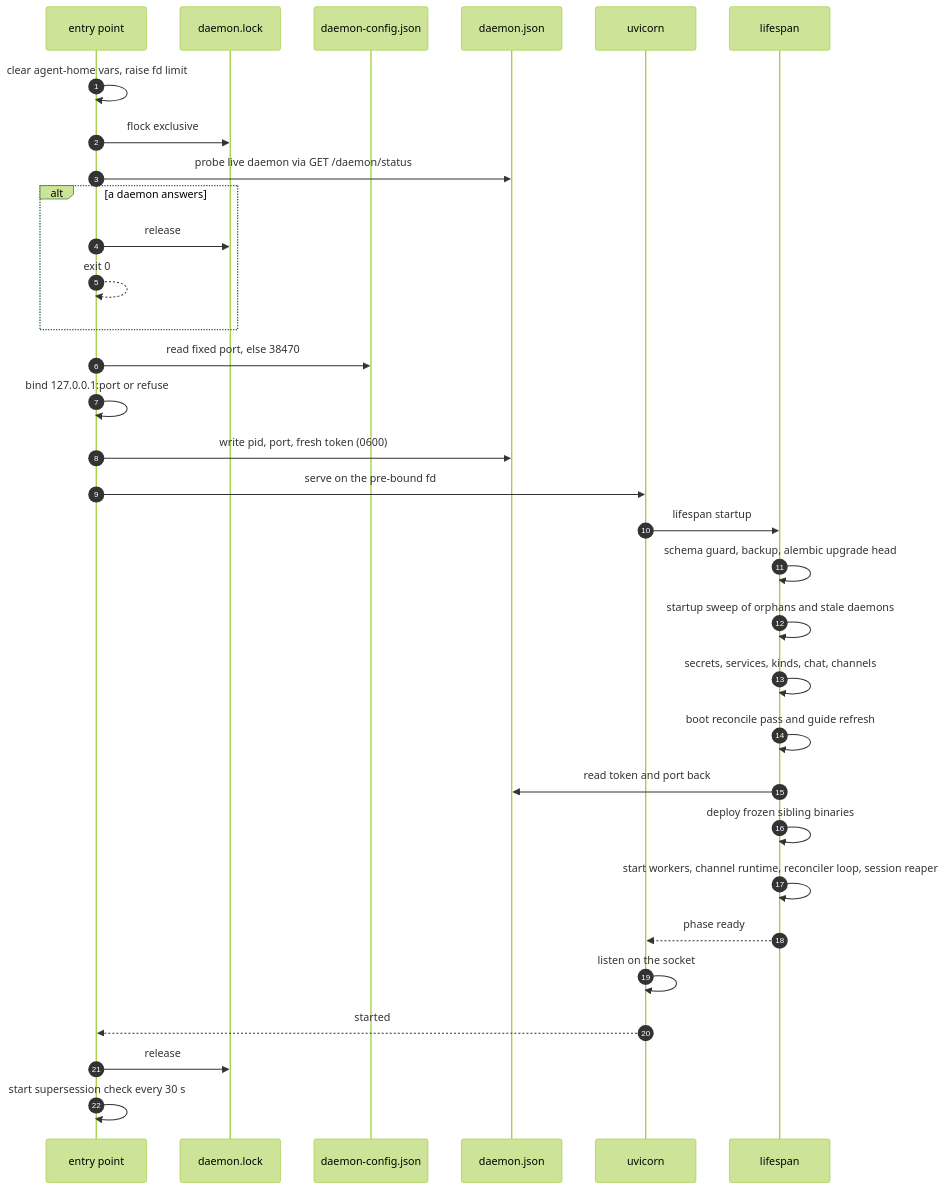
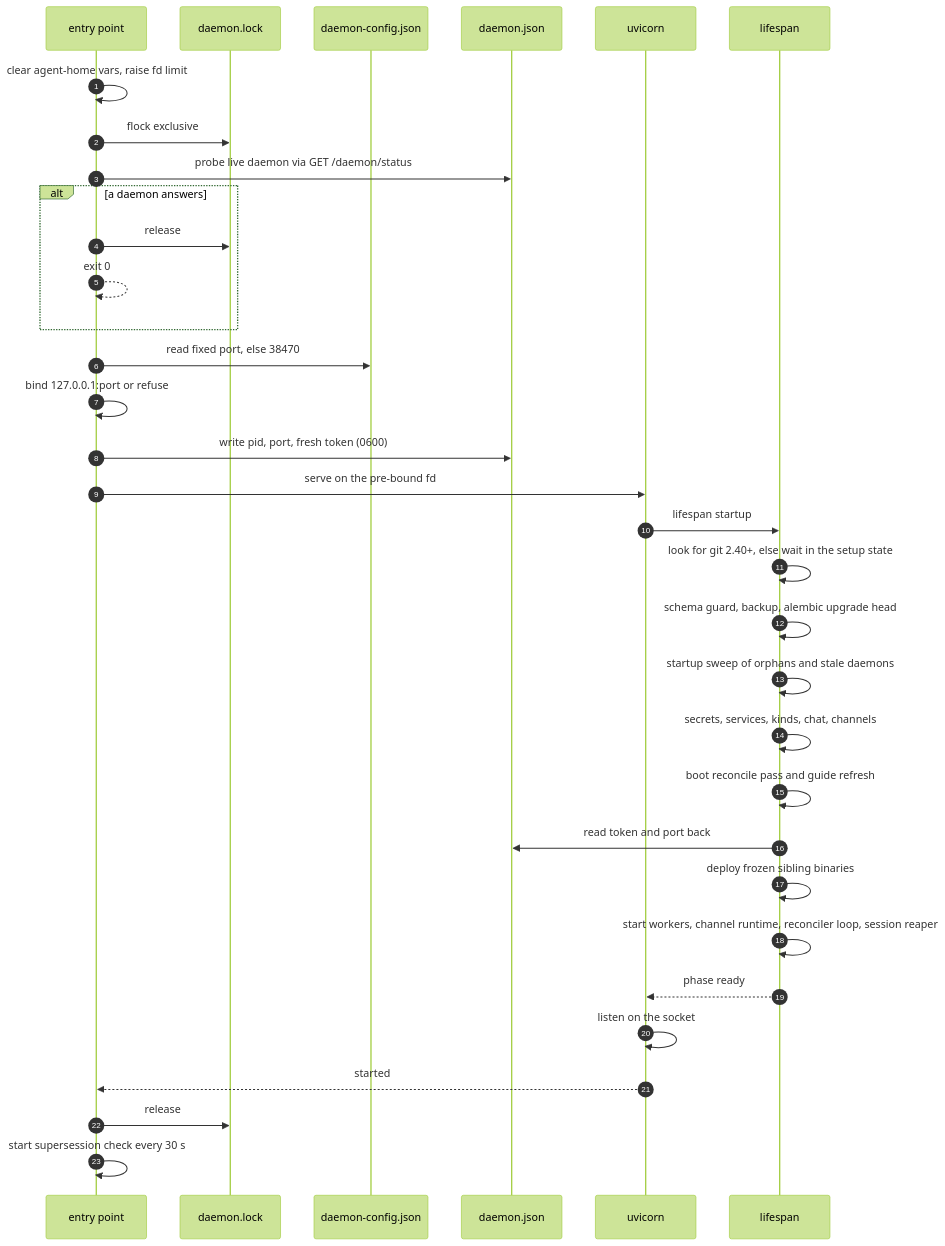
One commit to wyx-sg/Coffer changed the second of 4 diagrams in docs-site/architecture/daemon.md. Above: the diagram before and after it, drawn with Mermaid (forest theme). The commit also changed other lines of this file and 74 other files, not shown here.

First line of the commit message:
feat(daemon): wait in a setup state when git is missing or too old

````diff
--- a/docs-site/architecture/daemon.md
+++ b/docs-site/architecture/daemon.md
@@ -104,34 +104,35 @@
 ```mermaid
 sequenceDiagram
   autonumber
   participant E as entry point
   participant L as daemon.lock
   participant C as daemon-config.json
   participant J as daemon.json
   participant U as uvicorn
   participant A as lifespan
   E->>E: clear agent-home vars, raise fd limit
   E->>L: flock exclusive
   E->>J: probe live daemon via GET /daemon/status
   alt a daemon answers
     E->>L: release
     E-->>E: exit 0
   end
   E->>C: read fixed port, else 38470
   E->>E: bind 127.0.0.1:port or refuse
   E->>J: write pid, port, fresh token (0600)
   E->>U: serve on the pre-bound fd
   U->>A: lifespan startup
+  A->>A: look for git 2.40+, else wait in the setup state
   A->>A: schema guard, backup, alembic upgrade head
   A->>A: startup sweep of orphans and stale daemons
   A->>A: secrets, services, kinds, chat, channels
   A->>A: boot reconcile pass and guide refresh
   A->>J: read token and port back
   A->>A: deploy frozen sibling binaries
   A->>A: start workers, channel runtime, reconciler loop, session reaper
   A-->>U: phase ready
   U->>U: listen on the socket
   U-->>E: started
   E->>L: release
   E->>E: start supersession check every 30 s
 ```
````
